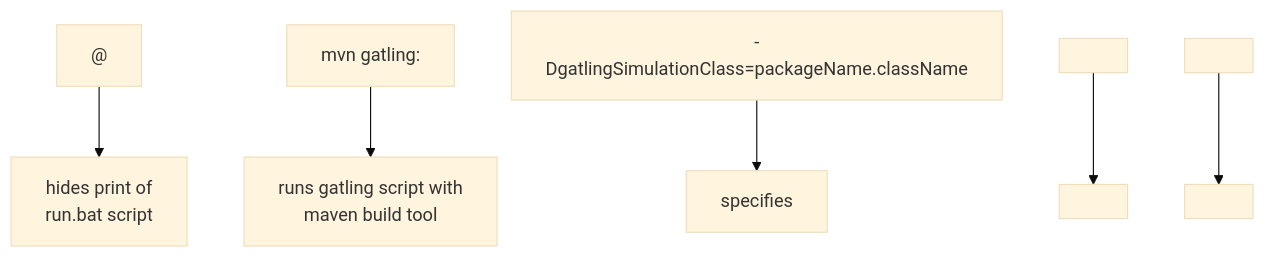
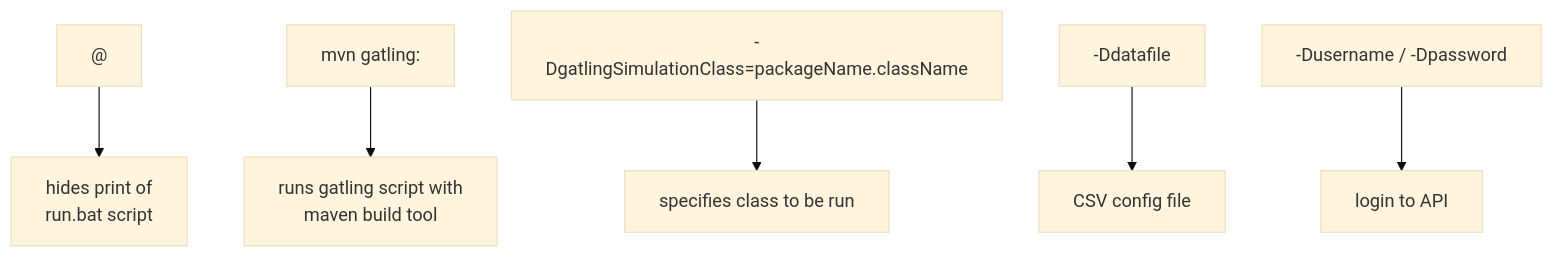
Before and after one commit to joshuajerome/Gatling-PPDM: the diagram in README.md, drawn with Mermaid (base theme). The commit also changed other lines of this file, not shown here.

````diff
--- a/README.md
+++ b/README.md
@@ -13,10 +13,10 @@
 ```mermaid
 flowchart TD;
     A["@"]-->B["hides print of
     run.bat script"];
     C["mvn gatling:"]-->D["runs gatling script with 
     maven build tool"];
-    E["-DgatlingSimulationClass=packageName.className"]-->F["specifies"];
-    G[" "]-->H[" "];
-    I[" "]-->J[" "];
+    E["-DgatlingSimulationClass=packageName.className"]-->F["specifies class to be run"];
+    G["-Ddatafile"]-->H["CSV config file"];
+    I["-Dusername / -Dpassword"]-->J["login to API"];
 ```
````
